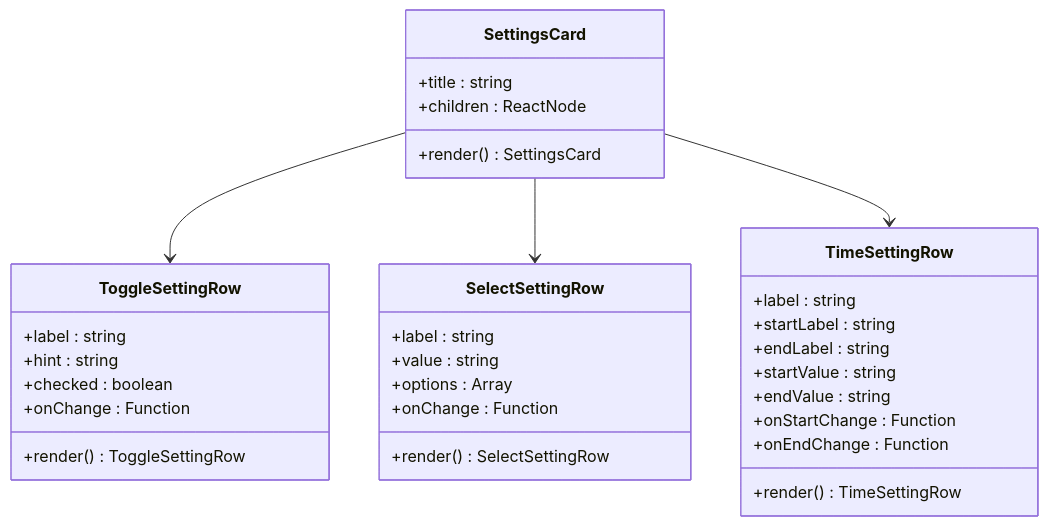
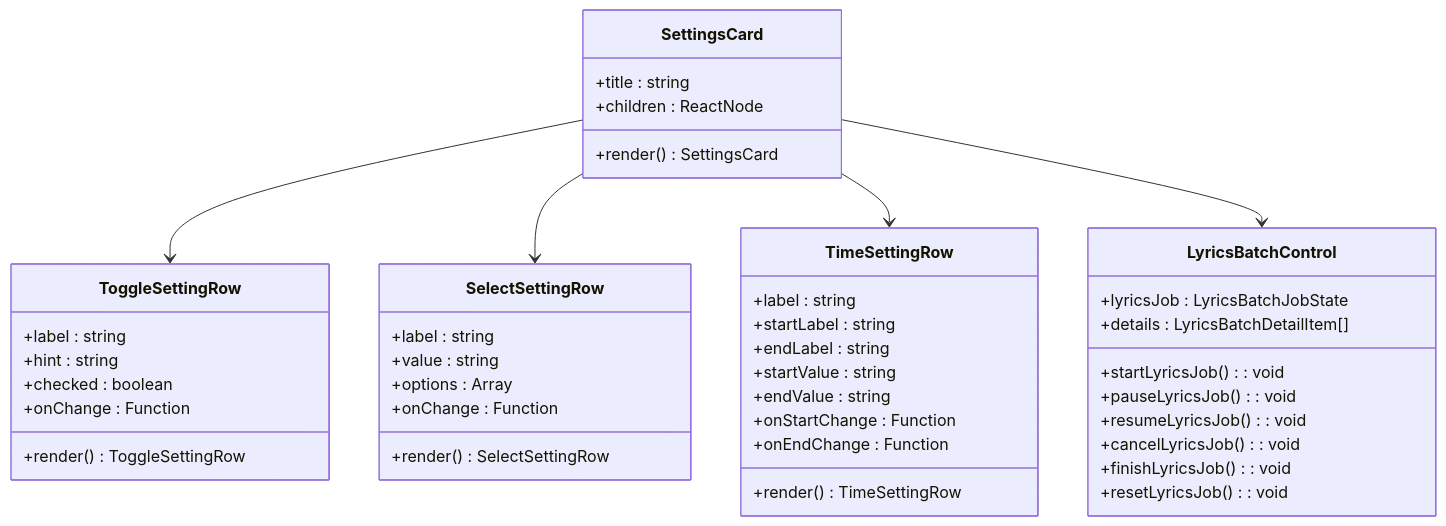
Before and after one commit to SeakyLuo/SMPlayerElectron: the fourth of 13 diagrams in .qoder/repowiki/zh/content/用户界面/页面设计/专用页面组件/设置页面.md, drawn with Mermaid. The commit also changed other lines of this file and 13 other files, not shown here.

````diff
--- a/.qoder/repowiki/zh/content/用户界面/页面设计/专用页面组件/设置页面.md
+++ b/.qoder/repowiki/zh/content/用户界面/页面设计/专用页面组件/设置页面.md
@@ -209,35 +244,46 @@
 ```mermaid
 classDiagram
 class SettingsCard {
 +title : string
 +children : ReactNode
 +render() SettingsCard
 }
 class ToggleSettingRow {
 +label : string
 +hint : string
 +checked : boolean
 +onChange : Function
 +render() ToggleSettingRow
 }
 class SelectSettingRow {
 +label : string
 +value : string
 +options : Array
 +onChange : Function
 +render() SelectSettingRow
 }
 class TimeSettingRow {
 +label : string
 +startLabel : string
 +endLabel : string
 +startValue : string
 +endValue : string
 +onStartChange : Function
 +onEndChange : Function
 +render() TimeSettingRow
 }
+class LyricsBatchControl {
++lyricsJob : LyricsBatchJobState
++details : LyricsBatchDetailItem[]
++startLyricsJob() : void
++pauseLyricsJob() : void
++resumeLyricsJob() : void
++cancelLyricsJob() : void
++finishLyricsJob() : void
++resetLyricsJob() : void
+}
 SettingsCard --> ToggleSettingRow
 SettingsCard --> SelectSettingRow
 SettingsCard --> TimeSettingRow
+SettingsCard --> LyricsBatchControl
 ```
````
